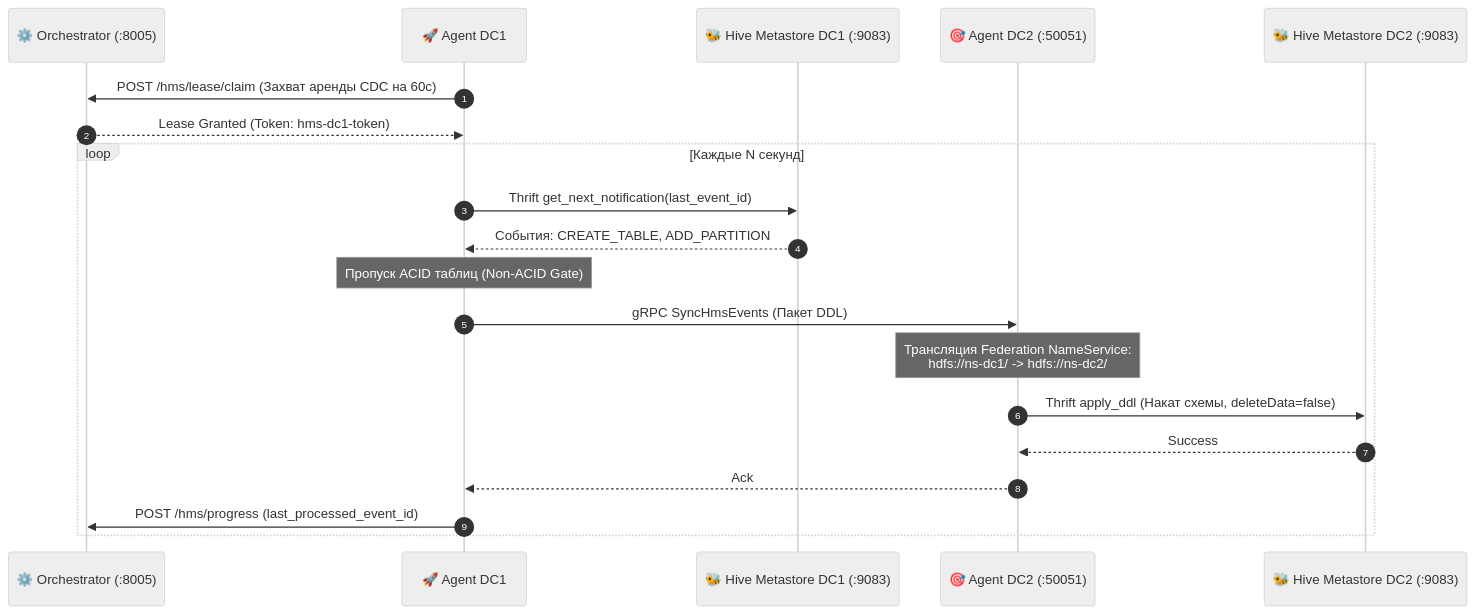
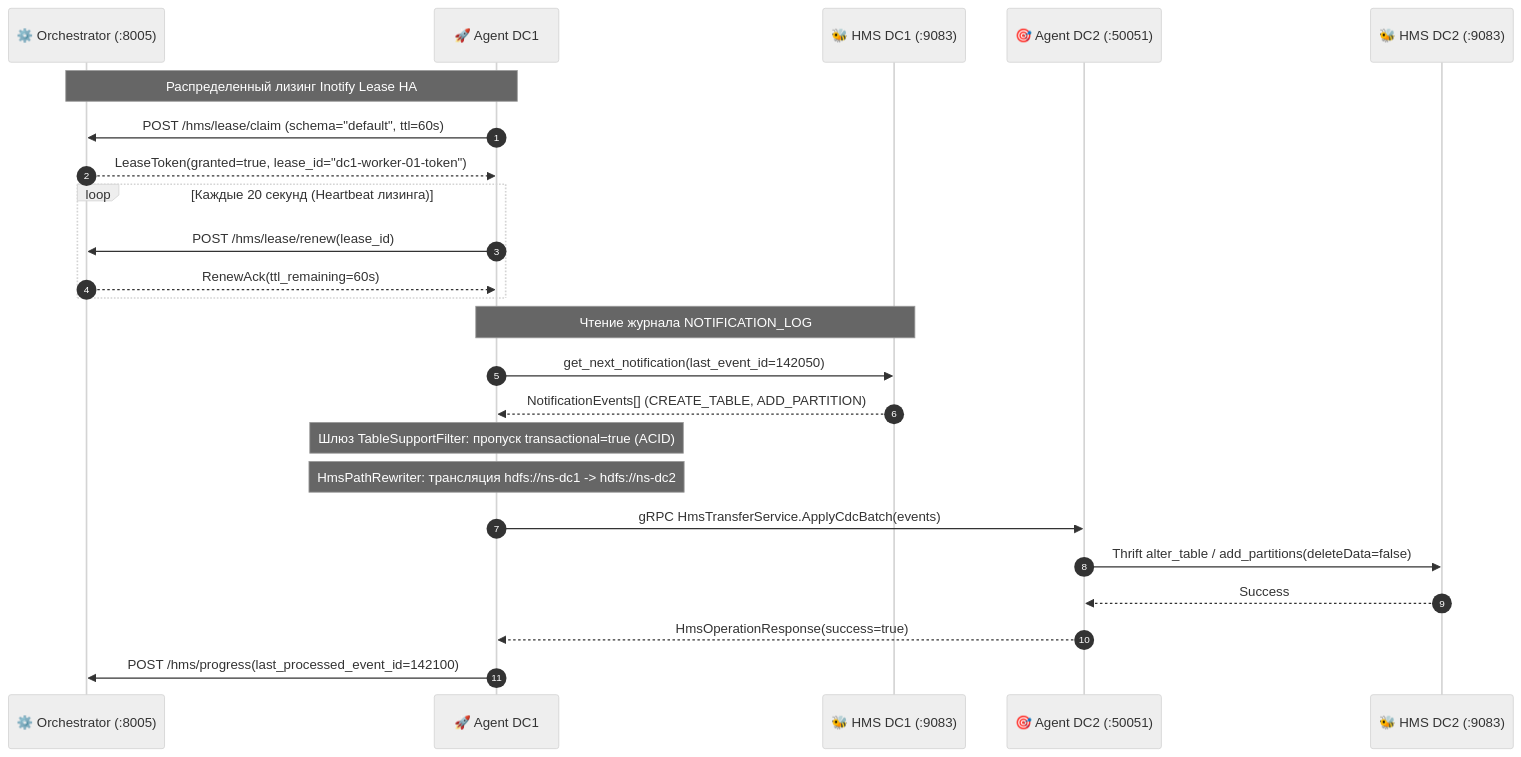
Before and after one commit to balookrd/hadoop-explorer: the second of 2 diagrams in docs/replicator-presentation.md, drawn with Mermaid (neutral theme). The commit also changed other lines of this file and 2 other files, not shown here.

Commit message:
docs(replicator): rewrite presentation into hardcore technical specification for DevOps and Architects

````diff
--- a/docs/replicator-presentation.md
+++ b/docs/replicator-presentation.md
@@ -186,24 +238,31 @@
 ```mermaid
 sequenceDiagram
     autonumber
     participant Orch as ⚙️ Orchestrator (:8005)
     participant A1 as 🚀 Agent DC1
-    participant HMS1 as 🐝 Hive Metastore DC1 (:9083)
+    participant HMS1 as 🐝 HMS DC1 (:9083)
     participant A2 as 🎯 Agent DC2 (:50051)
-    participant HMS2 as 🐝 Hive Metastore DC2 (:9083)
+    participant HMS2 as 🐝 HMS DC2 (:9083)
 
-    A1->>Orch: POST /hms/lease/claim (Захват аренды CDC на 60с)
-    Orch-->>A1: Lease Granted (Token: hms-dc1-token)
-    
-    loop Каждые N секунд
-        A1->>HMS1: Thrift get_next_notification(last_event_id)
-        HMS1-->>A1: События: CREATE_TABLE, ADD_PARTITION
-        Note over A1: Пропуск ACID таблиц (Non-ACID Gate)
-        A1->>A2: gRPC SyncHmsEvents (Пакет DDL)
-        Note over A2: Трансляция Federation NameService:<br/>hdfs://ns-dc1/ -> hdfs://ns-dc2/
-        A2->>HMS2: Thrift apply_ddl (Накат схемы, deleteData=false)
-        HMS2-->>A2: Success
-        A2-->>A1: Ack
-        A1->>Orch: POST /hms/progress (last_processed_event_id)
+    Note over A1,Orch: Распределенный лизинг Inotify Lease HA
+    A1->>Orch: POST /hms/lease/claim (schema="default", ttl=60s)
+    Orch-->>A1: LeaseToken(granted=true, lease_id="dc1-worker-01-token")
+
+    loop Каждые 20 секунд (Heartbeat лизинга)
+        A1->>Orch: POST /hms/lease/renew(lease_id)
+        Orch-->>A1: RenewAck(ttl_remaining=60s)
     end
+
+    Note over A1,HMS1: Чтение журнала NOTIFICATION_LOG
+    A1->>HMS1: get_next_notification(last_event_id=142050)
+    HMS1-->>A1: NotificationEvents[] (CREATE_TABLE, ADD_PARTITION)
+
+    Note over A1: Шлюз TableSupportFilter: пропуск transactional=true (ACID)
+    Note over A1: HmsPathRewriter: трансляция hdfs://ns-dc1 -> hdfs://ns-dc2
+
+    A1->>A2: gRPC HmsTransferService.ApplyCdcBatch(events)
+    A2->>HMS2: Thrift alter_table / add_partitions(deleteData=false)
+    HMS2-->>A2: Success
+    A2-->>A1: HmsOperationResponse(success=true)
+    A1->>Orch: POST /hms/progress(last_processed_event_id=142100)
 ```
````
